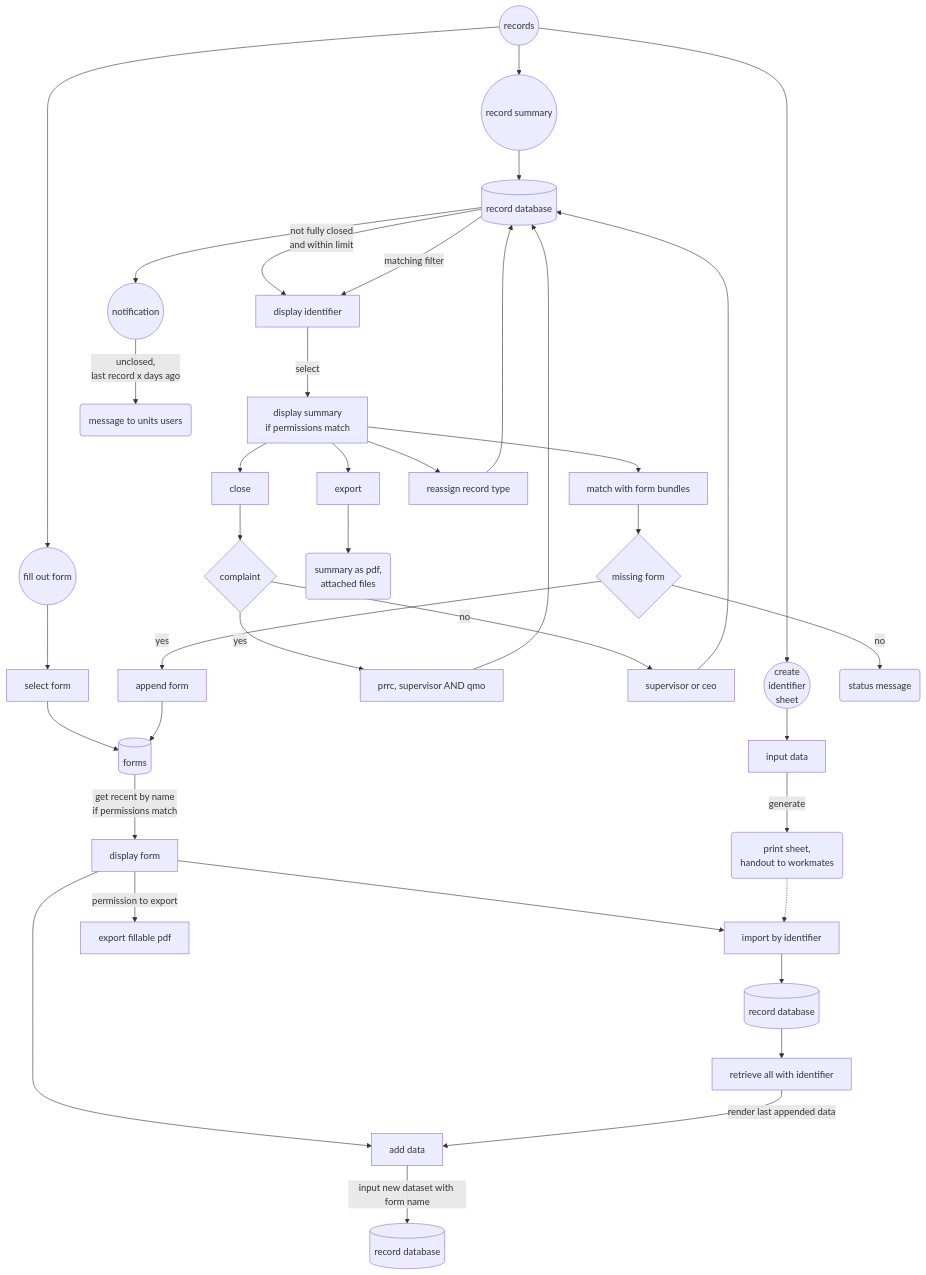
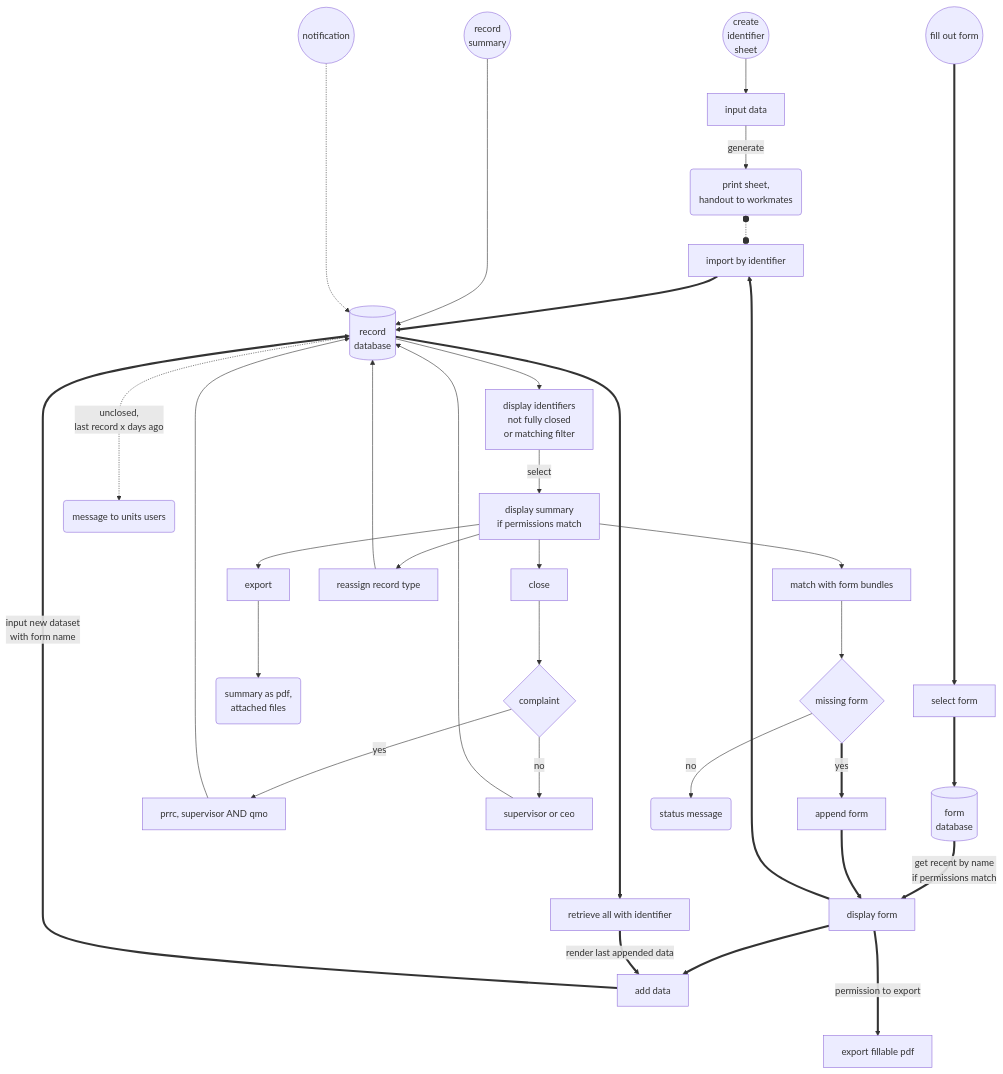
The fourth of 9 diagrams in readme.md (erroronline1/caro), drawn with Mermaid before and after one commit. The commit also changed other lines of this file and 1 other file, not shown here.

Commit message:
flowcharts updates

````diff
--- a/readme.md
+++ b/readme.md
@@ -551,52 +575,55 @@
 ```mermaid
 graph TD;
-    records((records))-->identifiersheet(("create
+    identifiersheet(("create
     identifier
     sheet"));
     identifiersheet-->input[input data];
     input-->|generate|print("print sheet,
     handout to workmates");
 
-    records-->fillform((fill out form));
-    fillform-->selectform[select form];
-    selectform-->forms[(forms)];
-    forms-->|"get recent by name
+    fillform((fill out form))=========>selectform[select form];
+    selectform==>form_db[("form
+    database")];
+    form_db==>|"get recent by name
     if permissions match"|displayform[display form];
-    displayform-->inputdata[add data];
-    inputdata-->|input new dataset with form name|recorddb[(record database)];
-    displayform-->idimport[import by identifier];
-    idimport-->recorddb2[(record database)];
-    recorddb2-->selectbyid[retrieve all with identifier];
-    selectbyid-->|render last appended data|inputdata;
-    displayform-->|permission to export|exportform[export fillable pdf]
+    displayform==>inputdata[add data];
+    inputdata==>|"input new dataset
+    with form name"|record_db[("record
+    database")];
 
-    print-.->idimport;
+    displayform==>idimport[import by identifier];
+    idimport==>record_db;
+    record_db==>selectbyid[retrieve all with identifier];
+    selectbyid==>|render last appended data|inputdata;
+    displayform===>|permission to export|exportform[export fillable pdf]
 
-    records-->summaries((record summary));
-    summaries-->recorddb3[(record database)]
-    recorddb3-->|"not fully closed
-    and within limit"|displayids[display identifier];
-    recorddb3-->|matching filter|displayids;
+    print o-.-o idimport;
+
+    summaries(("record
+    summary"))----->record_db;
+    record_db-->displayids["display identifiers
+    not fully closed
+    or matching filter"];
     displayids-->|select|summary["display summary
     if permissions match"];
     summary-->close[close];
     close-->complaint{complaint};
     complaint-->|yes|complaintclose[prrc, supervisor AND qmo];
-    complaintclose-->recorddb3;
+    complaintclose-->record_db;
     complaint-->|no|nocomplaintclose[supervisor or ceo];
-    nocomplaintclose-->recorddb3;
+    nocomplaintclose-->record_db;
     summary-->export[export];
     export-->pdf("summary as pdf,
     attached files");
     summary-->matchbundles[match with form bundles];
     matchbundles-->missing{missing form};
-    missing-->|yes|appenddata[append form];
-    appenddata-->forms;
+    missing==>|yes|appenddata[append form];
+    appenddata==>displayform;
     missing-->|no|nonemissing(status message);
     summary-->retype[reassign record type];
-    retype-->recorddb3;
+    retype-->record_db;
 
-    recorddb3-->notification((notification));
-    notification-->|"unclosed,
-    last record x days ago"|message(message to units users)
+    notification((notification))-....->record_db;
+    record_db-..->|"unclosed,
+    last record x days ago"|message(message to units users);
 ```
````
